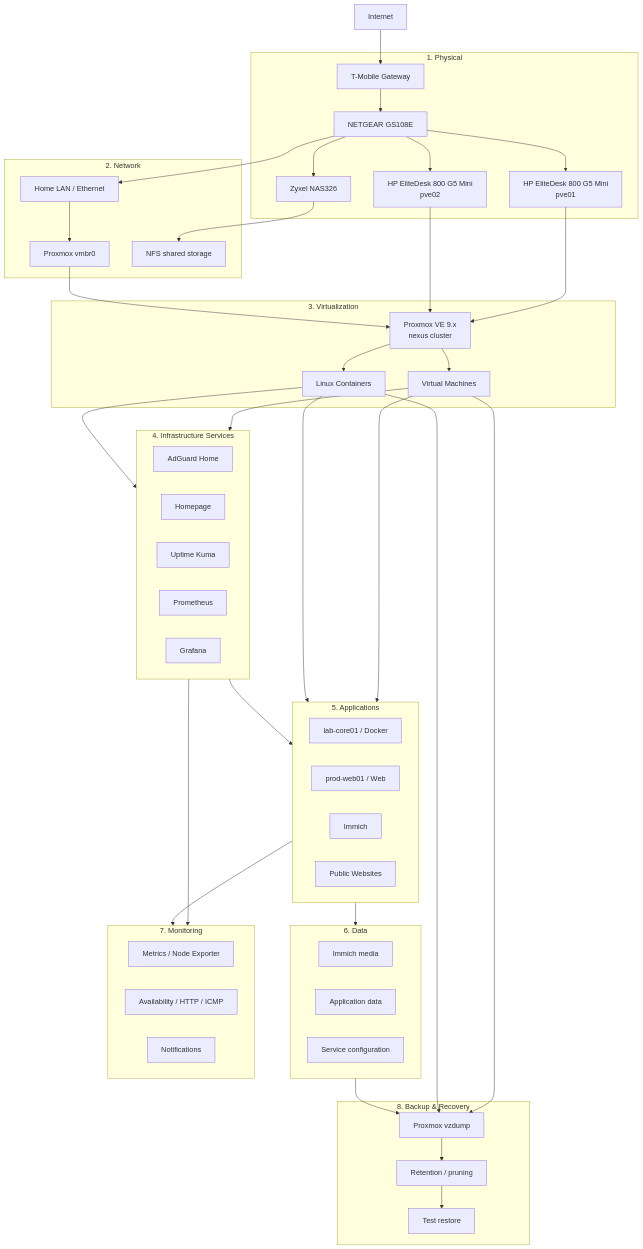
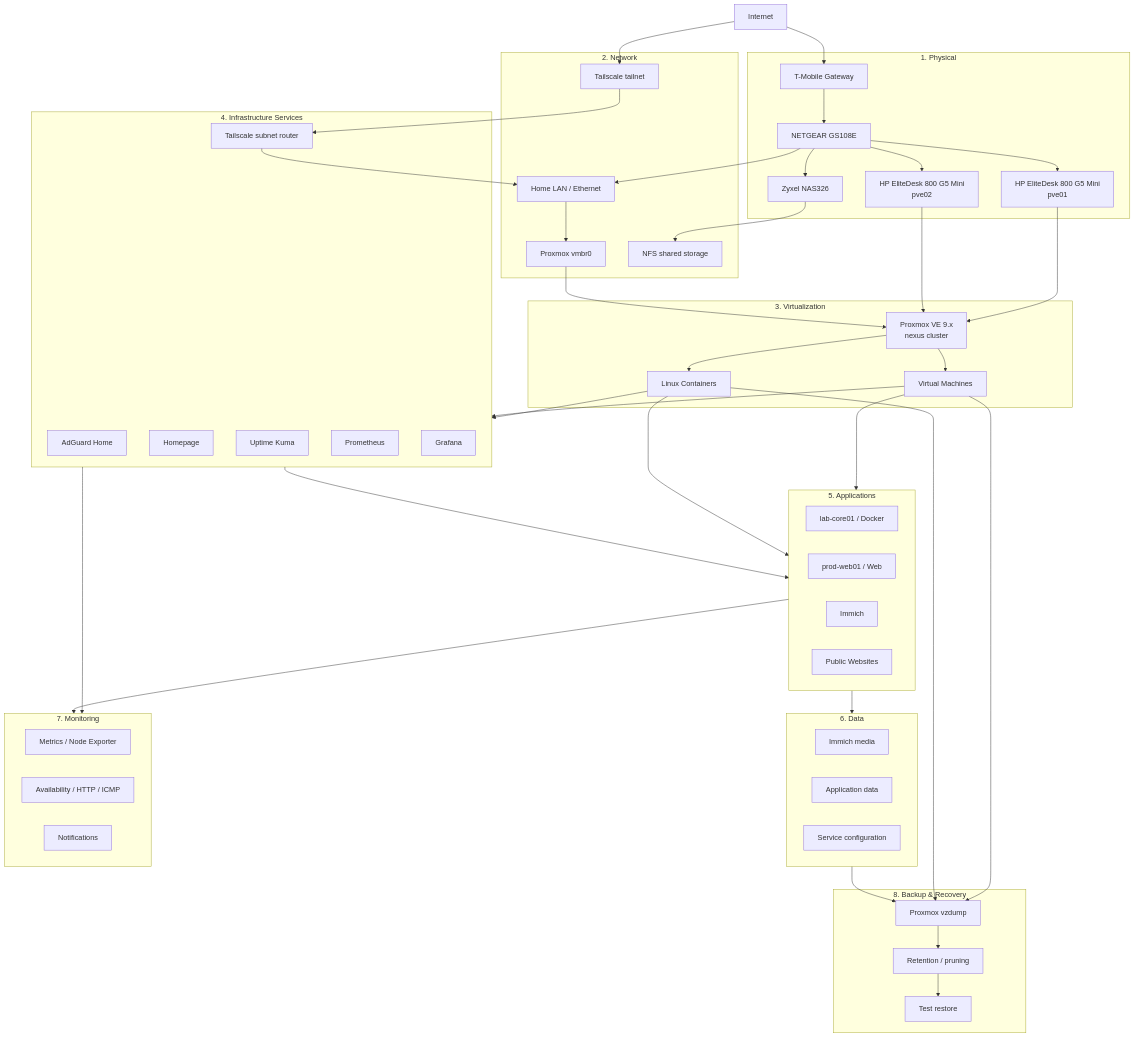
Before and after one commit to Tearstone/tearstone-homelab: the first of 6 diagrams in docs/architecture.md, drawn with Mermaid. The commit also changed other lines of this file and 13 other files, not shown here.

```diff
--- a/docs/architecture.md
+++ b/docs/architecture.md
@@ -20,6 +20,7 @@
         LAN["Home LAN / Ethernet"]
         Bridge["Proxmox vmbr0"]
         NFS["NFS shared storage"]
+        Tailnet["Tailscale tailnet"]
     end
 
     subgraph Virtualization["3. Virtualization"]
@@ -34,6 +35,7 @@
         Uptime["Uptime Kuma"]
         Prometheus["Prometheus"]
         Grafana["Grafana"]
+        VPN["Tailscale subnet router"]
     end
 
     subgraph Applications["5. Applications"]
@@ -62,6 +64,7 @@
     end
 
     Internet --> Gateway
+    Internet --> Tailnet
     Gateway --> Switch
     Switch --> LAN
     Switch --> PVE01
@@ -72,6 +75,8 @@
     PVE01 --> Cluster
     PVE02 --> Cluster
     Bridge --> Cluster
+    Tailnet --> VPN
+    VPN --> LAN
     Cluster --> VMs
     Cluster --> LXCs
     VMs --> Infrastructure
```
